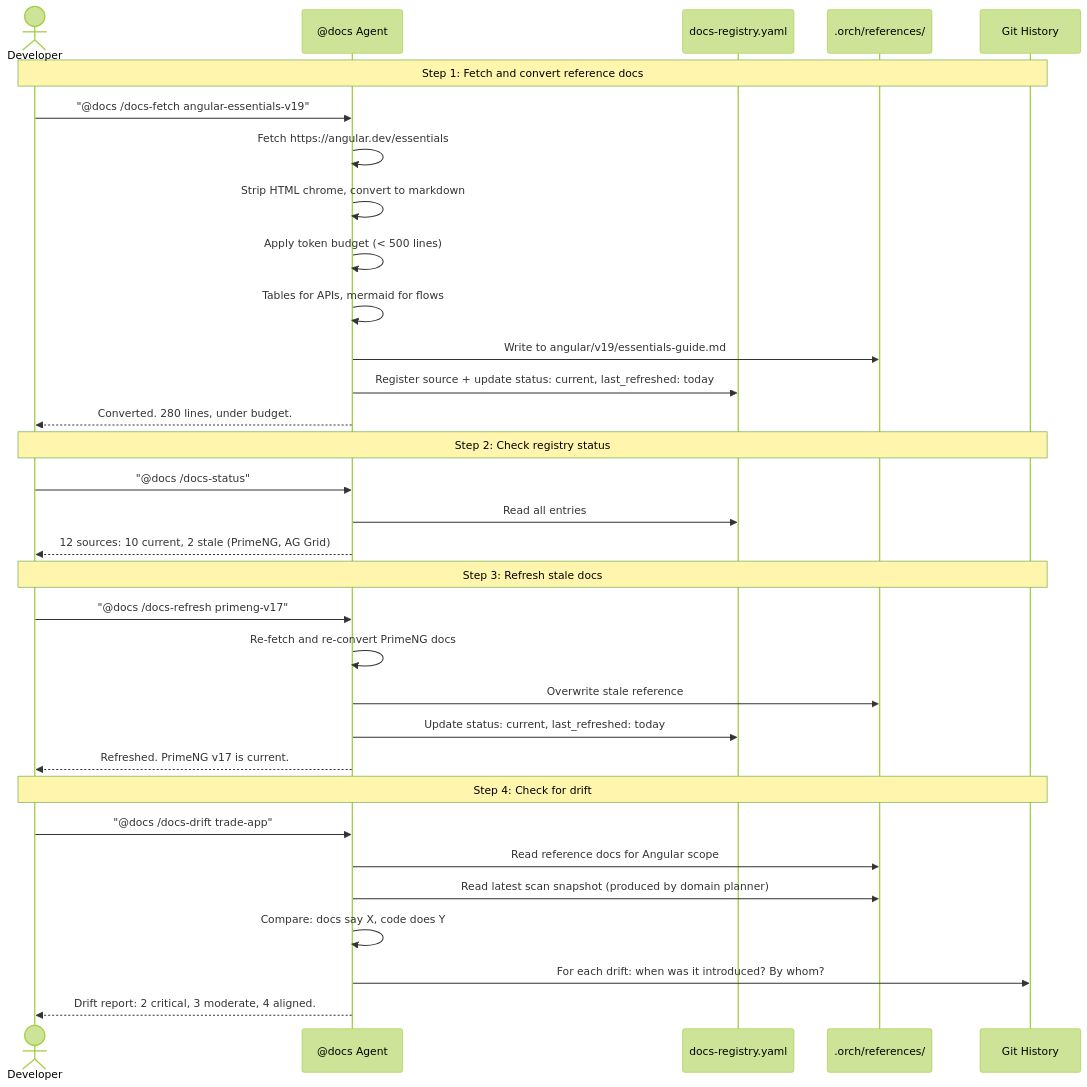
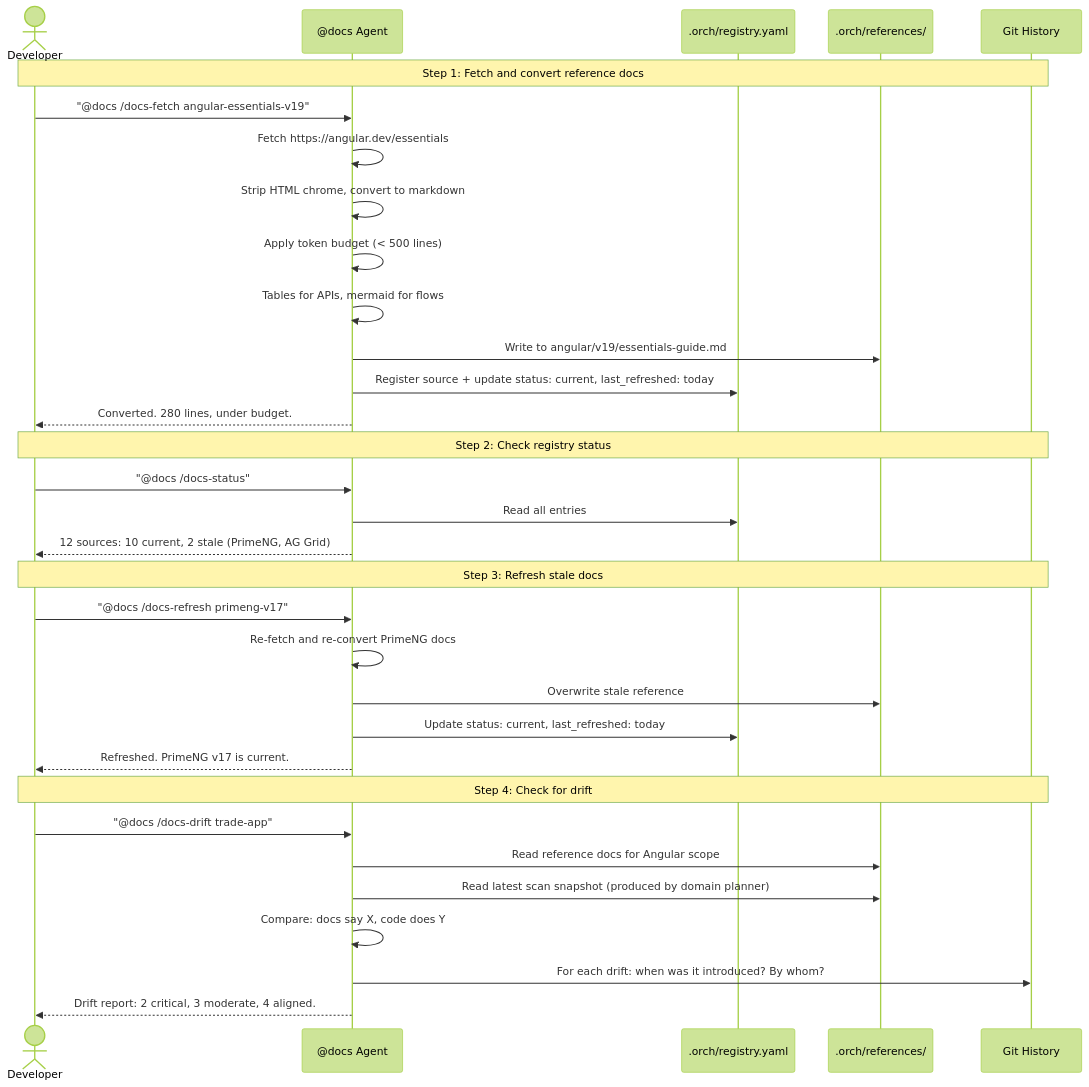
Before and after one commit to oneinthebox/vscode-ghcp-agents: the fourth of 6 diagrams in docs/prd.md, drawn with Mermaid (forest theme). The commit also changed other lines of this file and 80 other files, not shown here.

````diff
--- a/docs/prd.md
+++ b/docs/prd.md
@@ -659,42 +681,42 @@
 ```mermaid
 sequenceDiagram
     actor Dev as Developer
     participant DOC as @docs Agent
-    participant REG as docs-registry.yaml
+    participant REG as .orch/registry.yaml
     participant REF as .orch/references/
     participant GIT as Git History
 
     Note over Dev,GIT: Step 1: Fetch and convert reference docs
 
     Dev->>DOC: "@docs /docs-fetch angular-essentials-v19"
     DOC->>DOC: Fetch https://angular.dev/essentials
     DOC->>DOC: Strip HTML chrome, convert to markdown
     DOC->>DOC: Apply token budget (< 500 lines)
     DOC->>DOC: Tables for APIs, mermaid for flows
     DOC->>REF: Write to angular/v19/essentials-guide.md
     DOC->>REG: Register source + update status: current, last_refreshed: today
     DOC-->>Dev: Converted. 280 lines, under budget.
 
     Note over Dev,GIT: Step 2: Check registry status
 
     Dev->>DOC: "@docs /docs-status"
     DOC->>REG: Read all entries
     DOC-->>Dev: 12 sources: 10 current, 2 stale (PrimeNG, AG Grid)
 
     Note over Dev,GIT: Step 3: Refresh stale docs
 
     Dev->>DOC: "@docs /docs-refresh primeng-v17"
     DOC->>DOC: Re-fetch and re-convert PrimeNG docs
     DOC->>REF: Overwrite stale reference
     DOC->>REG: Update status: current, last_refreshed: today
     DOC-->>Dev: Refreshed. PrimeNG v17 is current.
 
     Note over Dev,GIT: Step 4: Check for drift
 
     Dev->>DOC: "@docs /docs-drift trade-app"
     DOC->>REF: Read reference docs for Angular scope
     DOC->>REF: Read latest scan snapshot (produced by domain planner)
     DOC->>DOC: Compare: docs say X, code does Y
     DOC->>GIT: For each drift: when was it introduced? By whom?
     DOC-->>Dev: Drift report: 2 critical, 3 moderate, 4 aligned.
 ```
````
